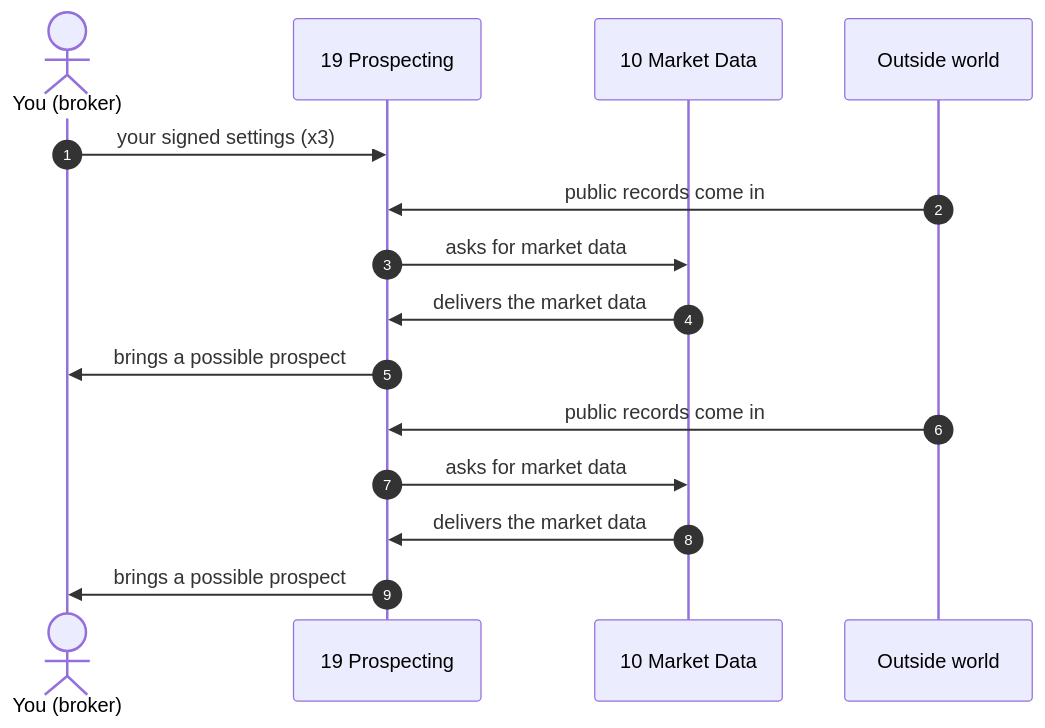
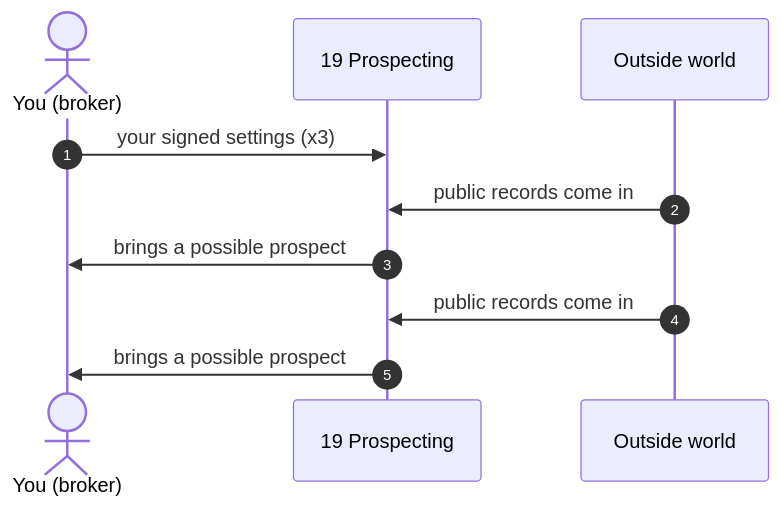
One commit to QuietFireAI/listing-assistants changed diagram 16 of 25 in docs/PLAY-BY-PLAY.md. Above: the diagram before and after it, drawn with Mermaid. The commit also changed other lines of this file and 110 other files, not shown here.

````diff
--- a/docs/PLAY-BY-PLAY.md
+++ b/docs/PLAY-BY-PLAY.md
@@ -854,17 +865,12 @@
 ```mermaid
 sequenceDiagram
     autonumber
     actor B as You (broker)
     participant A19 as 19 Prospecting
-    participant A10 as 10 Market Data
     participant X as Outside world
     B->>A19: your signed settings (x3)
     X->>A19: public records come in
-    A19->>A10: asks for market data
-    A10->>A19: delivers the market data
     A19->>B: brings a possible prospect
     X->>A19: public records come in
-    A19->>A10: asks for market data
-    A10->>A19: delivers the market data
     A19->>B: brings a possible prospect
 ```
````
